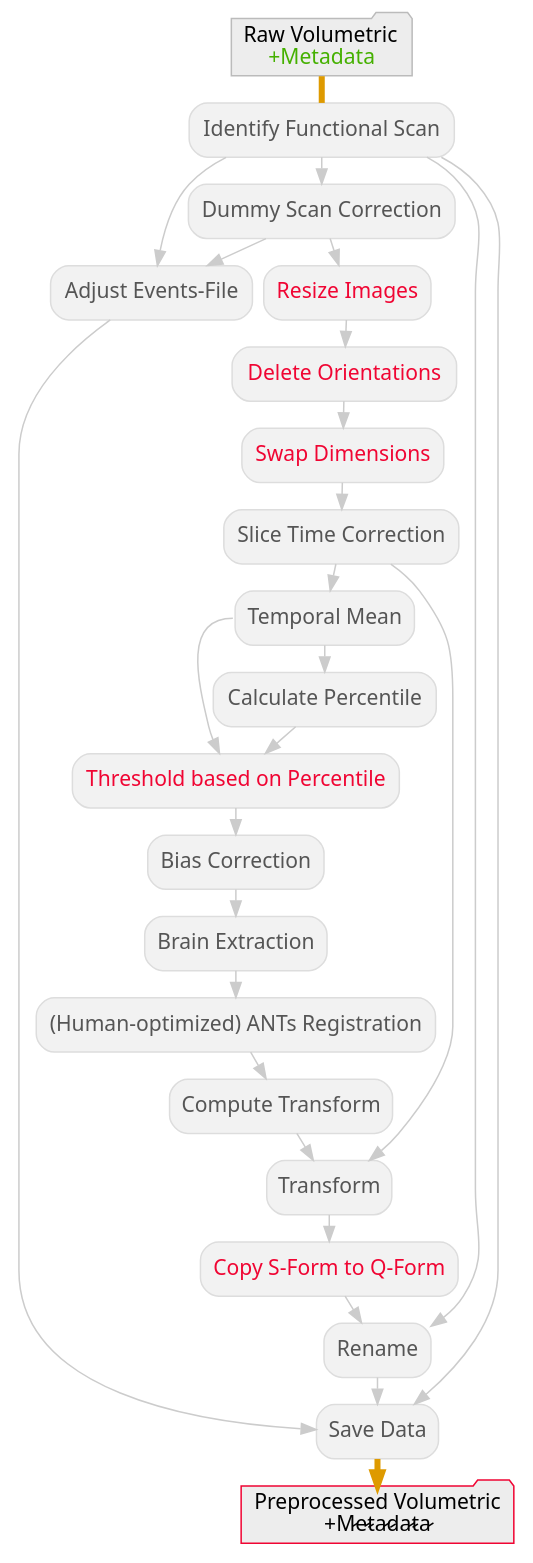
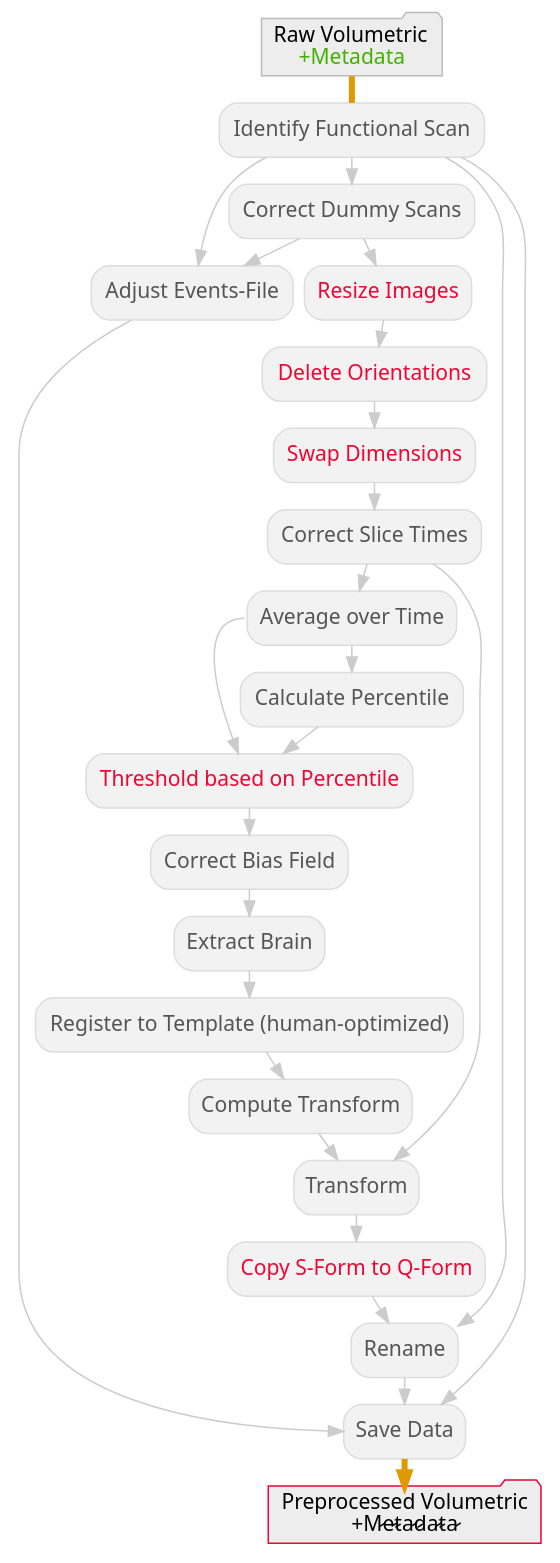
One commit to Jimmy2027/mlebe_RepSep changed the diagram in data/legacy.dot. Above: the diagram before and after it, drawn with Graphviz. The commit also changed 7 other files, not shown here.

```diff
--- a/data/legacy.dot
+++ b/data/legacy.dot
@@ -1,57 +1,57 @@
 digraph legacy_work{
   graph [pad="0.07", nodesep="0.1", ranksep="0.25"];
   node [fontname = "sans", style="filled,rounded", shape="box"];
   edge [fontname = "sans", color=gray80];
   legacy_work_get_f_scan[label="Identify Functional Scan", color="#DDDDDD", fillcolor=grey95, fontcolor="#555555"];
-  legacy_work_dummy_scans[label="Dummy Scan Correction", color="#DDDDDD", fillcolor=grey95, fontcolor="#555555"];
+  legacy_work_dummy_scans[label="Correct Dummy Scans", color="#DDDDDD", fillcolor=grey95, fontcolor="#555555"];
   legacy_work_f_resize[label="Resize Images", color="#DDDDDD", fillcolor=grey95, fontcolor="#F00533"];
   legacy_work_f_deleteorient[label="Delete Orientations", color="#DDDDDD", fillcolor=grey95, fontcolor="#F00533"];
   legacy_work_f_swapdim[label="Swap Dimensions", color="#DDDDDD", fillcolor=grey95, fontcolor="#F00533"];
-  legacy_work_slicetimer[label="Slice Time Correction", color="#DDDDDD", fillcolor=grey95, fontcolor="#555555"];
-  legacy_work_temporal_mean[label="Temporal Mean", color="#DDDDDD", fillcolor=grey95, fontcolor="#555555"];
+  legacy_work_slicetimer[label="Correct Slice Times", color="#DDDDDD", fillcolor=grey95, fontcolor="#555555"];
+  legacy_work_temporal_mean[label="Average over Time", color="#DDDDDD", fillcolor=grey95, fontcolor="#555555"];
   legacy_work_f_percentile[label="Calculate Percentile", color="#DDDDDD", fillcolor=grey95, fontcolor="#555555"];
   legacy_work_f_threshold[label="Threshold based on Percentile", color="#DDDDDD", fillcolor=grey95, fontcolor="#F00533"];
-  legacy_work_f_fast[label="Bias Correction", color="#DDDDDD", fillcolor=grey95, fontcolor="#555555"];
-  legacy_work_f_BET[label="Brain Extraction", color="#DDDDDD", fillcolor=grey95, fontcolor="#555555"];
-  legacy_work_ants_introduction[label="(Human-optimized) ANTs Registration", color="#DDDDDD", fillcolor=grey95, fontcolor="#555555"];
+  legacy_work_f_fast[label="Correct Bias Field", color="#DDDDDD", fillcolor=grey95, fontcolor="#555555"];
+  legacy_work_f_BET[label="Extract Brain", color="#DDDDDD", fillcolor=grey95, fontcolor="#555555"];
+  legacy_work_ants_introduction[label="Register to Template (human-optimized)", color="#DDDDDD", fillcolor=grey95, fontcolor="#555555"];
   legacy_work_warp_merge[label="Compute Transform", color="#DDDDDD", fillcolor=grey95, fontcolor="#555555"];
   legacy_work_f_warp[label="Transform", color="#DDDDDD", fillcolor=grey95, fontcolor="#555555"];
   legacy_work_f_copysform2qform[label="Copy S-Form to Q-Form", color="#DDDDDD", fillcolor=grey95, fontcolor="#F00533"];
   legacy_work_f_rename[label="Rename", color="#DDDDDD", fillcolor=grey95, fontcolor="#555555"];
   legacy_work_events_file[label="Adjust Events-File", color="#DDDDDD", fillcolor=grey95, fontcolor="#555555"];
   legacy_work_datasink[label="Save Data", color="#DDDDDD", fillcolor=grey95, fontcolor="#555555"];
   d[
       label=<Raw Volumetric<BR/><FONT COLOR="#45B000">+Metadata</FONT>>,
       shape=folder, color="#BBBBBB", fillcolor=grey93,
       ];
   e[
       label="Preprocessed Volumetric\n +M̷e̷t̷a̷d̷a̷t̷a̷",
       shape=folder, color="#F00533", fillcolor=grey93,
       ];
   d -> legacy_work_get_f_scan [arrowhead=none, arrowsize=0.9, penwidth=4, color="#DE9A00"];
   legacy_work_get_f_scan -> legacy_work_dummy_scans;
   legacy_work_get_f_scan -> legacy_work_f_rename;
   legacy_work_get_f_scan -> legacy_work_datasink;
   legacy_work_get_f_scan -> legacy_work_events_file [style="invis"];
   legacy_work_get_f_scan -> legacy_work_events_file;
   legacy_work_dummy_scans -> legacy_work_events_file;
   legacy_work_dummy_scans -> legacy_work_f_resize;
   legacy_work_f_resize -> legacy_work_f_deleteorient;
   legacy_work_f_deleteorient -> legacy_work_f_swapdim;
   legacy_work_f_swapdim -> legacy_work_slicetimer;
   legacy_work_slicetimer -> legacy_work_temporal_mean;
   legacy_work_slicetimer -> legacy_work_f_warp;
   legacy_work_temporal_mean -> legacy_work_f_percentile;
   legacy_work_temporal_mean:w -> legacy_work_f_threshold;
   legacy_work_f_percentile -> legacy_work_f_threshold;
   legacy_work_f_threshold -> legacy_work_f_fast;
   legacy_work_f_fast -> legacy_work_f_BET;
   legacy_work_f_BET -> legacy_work_ants_introduction;
   legacy_work_ants_introduction -> legacy_work_warp_merge;
   legacy_work_warp_merge -> legacy_work_f_warp;
   legacy_work_f_warp -> legacy_work_f_copysform2qform;
   legacy_work_f_copysform2qform -> legacy_work_f_rename;
   legacy_work_f_rename -> legacy_work_datasink;
   legacy_work_events_file -> legacy_work_datasink;
   legacy_work_datasink -> e [arrowsize=0.9, penwidth=4, color="#DE9A00"];
 }
```
